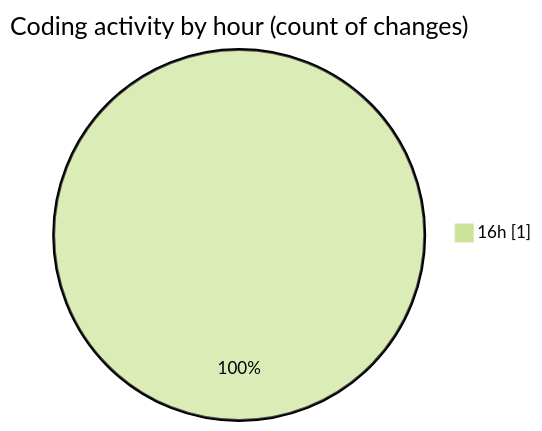
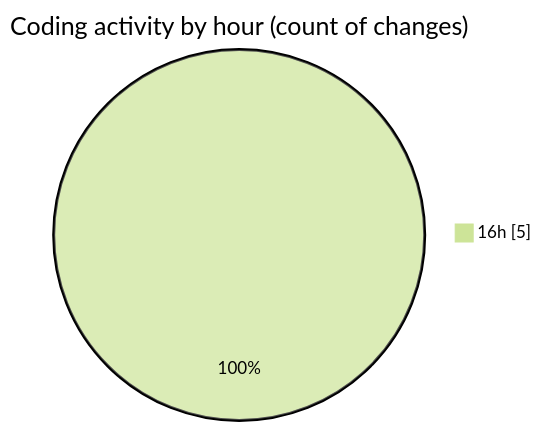
Before and after one commit to robertbonfada/code-tracking: the second of 2 diagrams in 2025-03-12/termonied-web/README.md, drawn with Mermaid (forest theme). The commit also changed other lines of this file and 1 other file, not shown here.

````diff
--- a/2025-03-12/termonied-web/README.md
+++ b/2025-03-12/termonied-web/README.md
@@ -28,5 +29,5 @@
 ```mermaid
 pie showData
 title Coding activity by hour (count of changes)
-"16h" : 1
+"16h" : 5
 ```
````
